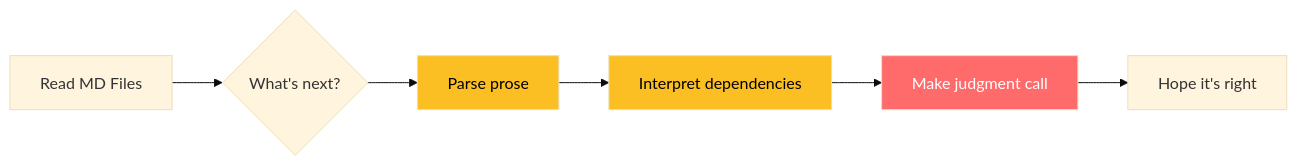
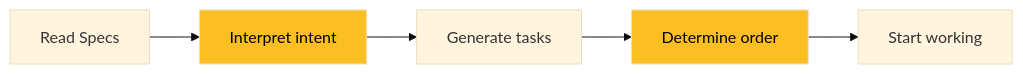
The second of 5 diagrams in docs/blog/part1-introduction-to-beads.md (koustubh25/mission-house), drawn with Mermaid (base theme) before and after one commit. The commit also changed other lines of this file and 1 other file, not shown here.

````diff
--- a/docs/blog/part1-introduction-to-beads.md
+++ b/docs/blog/part1-introduction-to-beads.md
@@ -27,12 +42,10 @@
 ```mermaid
 flowchart LR
-    A[Read MD Files] --> B{What's next?}
-    B --> C[Parse prose]
-    C --> D[Interpret dependencies]
-    D --> E[Make judgment call]
-    E --> F[Hope it's right]
+    A[Read Specs] --> B[Interpret intent]
+    B --> C[Generate tasks]
+    C --> D[Determine order]
+    D --> E[Start working]
 
-    style C fill:#fbbf24,color:#000
+    style B fill:#fbbf24,color:#000
     style D fill:#fbbf24,color:#000
-    style E fill:#ff6b6b,color:#fff
 ```
````
